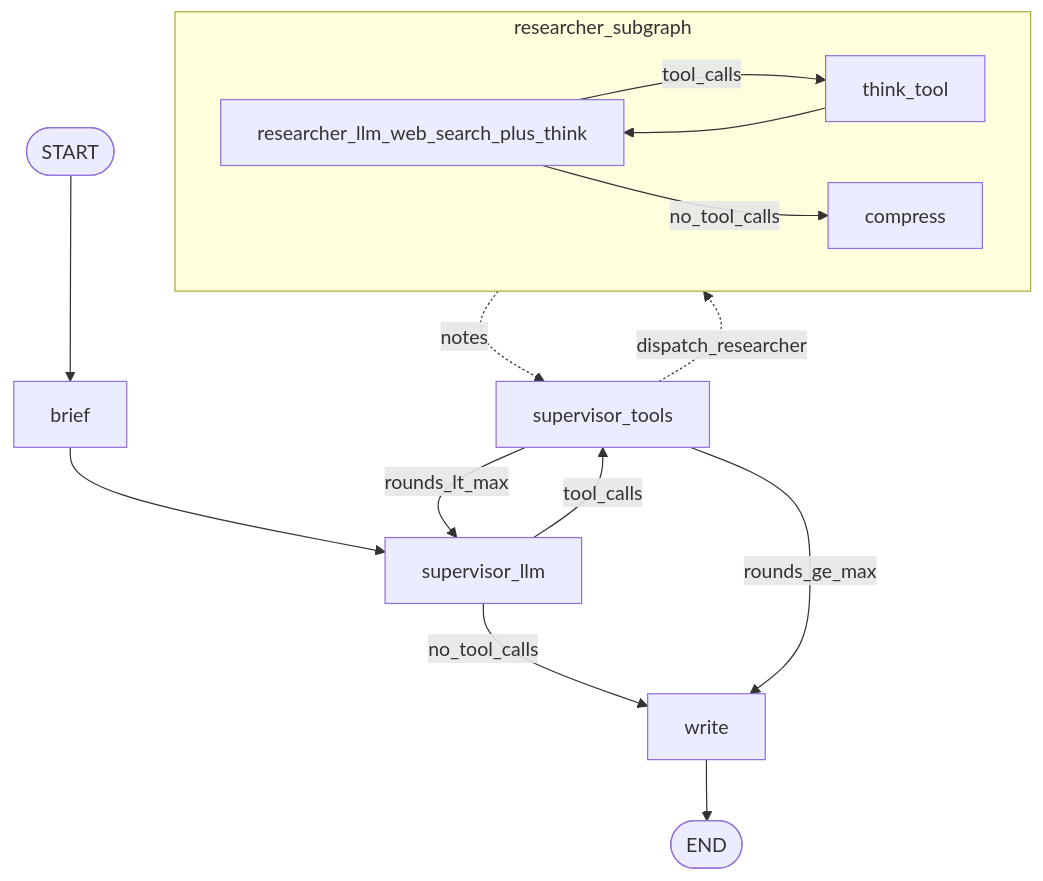
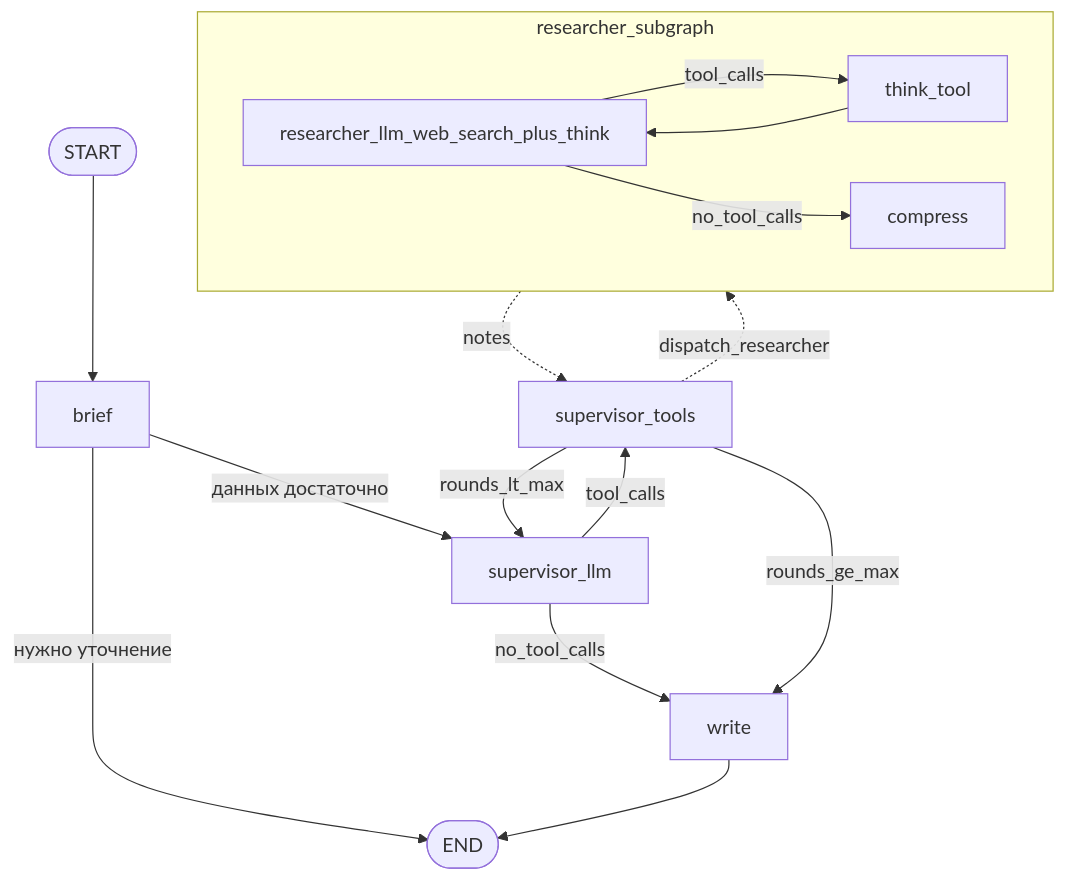
One commit to KirillKrasikov/deep-research-anatomy changed the diagram in README.md. Above: the diagram before and after it, drawn with Mermaid. The commit also changed other lines of this file and 5 other files, not shown here.

````diff
--- a/README.md
+++ b/README.md
@@ -28,23 +28,24 @@
 ```mermaid
 flowchart TD
     Start([START])
     Start --> Brief[brief]
-    Brief --> SupLLM[supervisor_llm]
+    Brief -->|нужно уточнение| End([END])
+    Brief -->|данных достаточно| SupLLM[supervisor_llm]
     SupLLM -->|tool_calls| Tools[supervisor_tools]
     SupLLM -->|no_tool_calls| Write[write]
     Tools -->|rounds_lt_max| SupLLM
     Tools -->|rounds_ge_max| Write
     Write --> End([END])
 
     subgraph Researcher [researcher_subgraph]
         RLLM[researcher_llm_web_search_plus_think]
         RTools[think_tool]
         Compress[compress]
         RLLM -->|tool_calls| RTools
         RTools --> RLLM
         RLLM -->|no_tool_calls| Compress
     end
 
     Tools -.dispatch_researcher.-> Researcher
     Researcher -.notes.-> Tools
 ```
````
